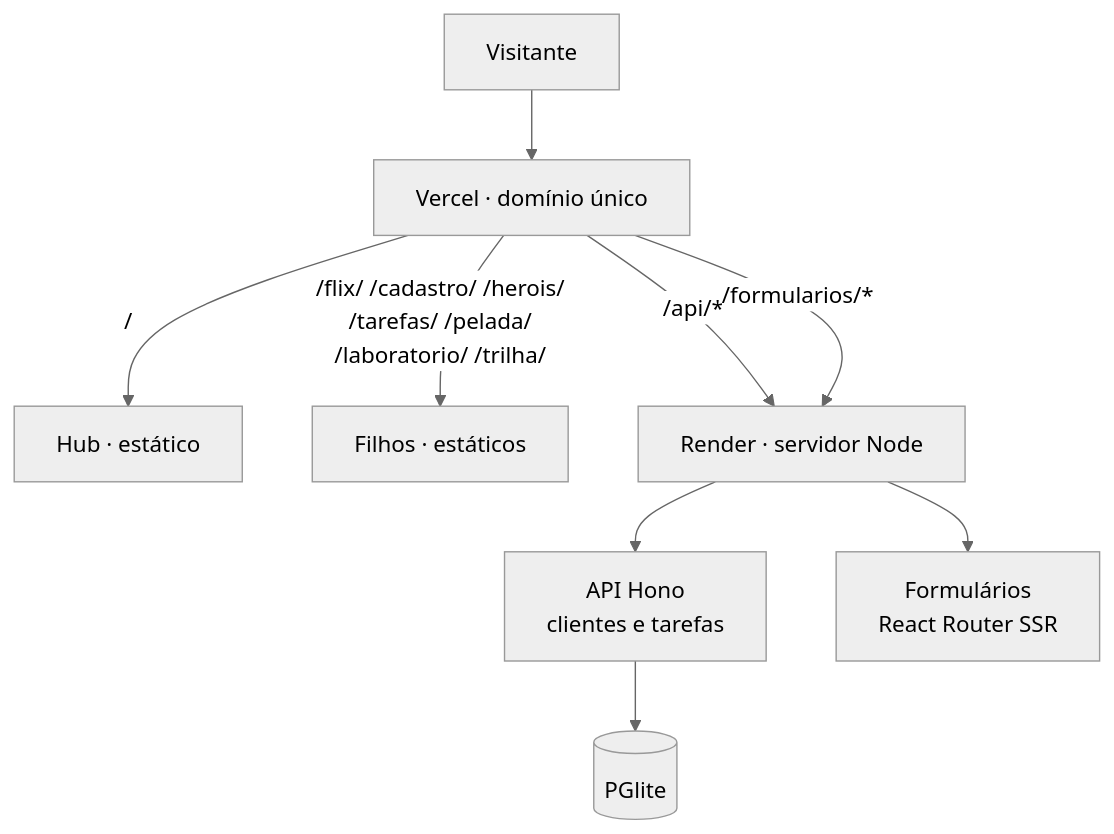
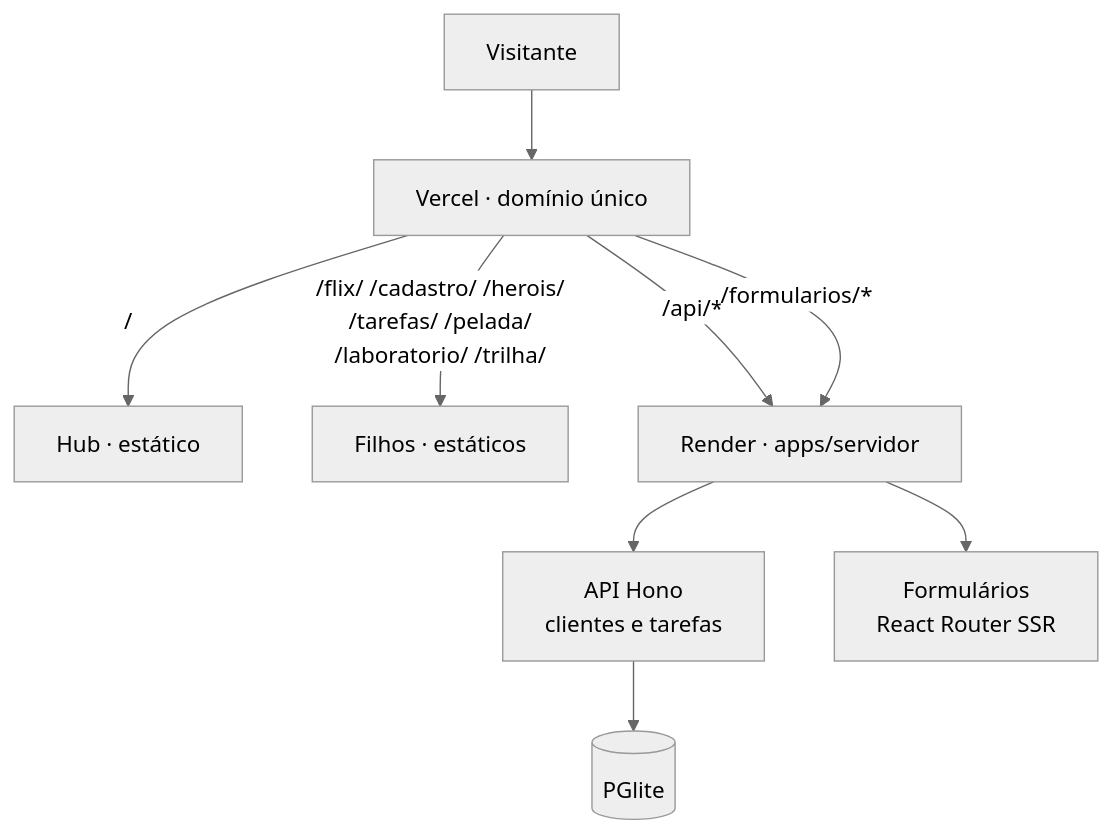
The diagram in docs/02-plano-de-arquitetura.md (douglasabnovato/components), drawn with Mermaid (neutral theme) before and after one commit. The commit also changed other lines of this file and 16 other files, not shown here.

````diff
--- a/docs/02-plano-de-arquitetura.md
+++ b/docs/02-plano-de-arquitetura.md
@@ -9,11 +11,11 @@
 ```mermaid
 flowchart TB
   U[Visitante] --> V[Vercel · domínio único]
   V -->|/| HUB[Hub · estático]
   V -->|/flix/ /cadastro/ /herois/<br/>/tarefas/ /pelada/<br/>/laboratorio/ /trilha/| EST[Filhos · estáticos]
-  V -->|/api/*| R[Render · servidor Node]
+  V -->|/api/*| R[Render · apps/servidor]
   V -->|/formularios/*| R
   R --> API[API Hono<br/>clientes e tarefas]
   R --> SSR[Formulários<br/>React Router SSR]
   API --> DB[(PGlite)]
 ```
````
